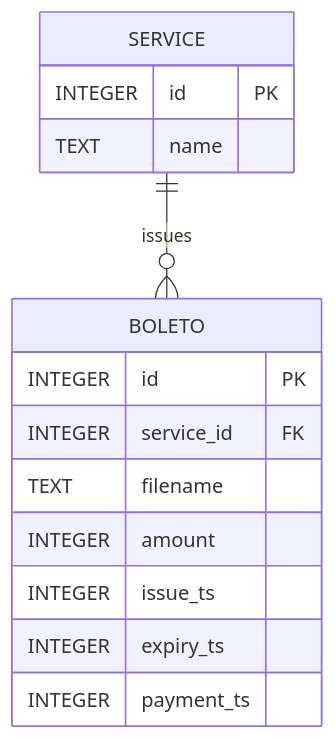
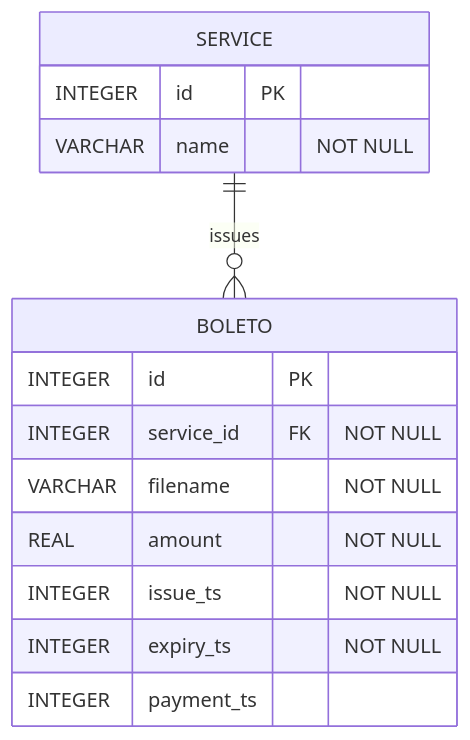
One commit to guidanoli/boletos-flask changed the diagram in README.md. Above: the diagram before and after it, drawn with Mermaid. The commit also changed 1 other file, not shown here.

Commit message:
docs: update schema and ER model

````diff
--- a/README.md
+++ b/README.md
@@ -22,20 +22,20 @@
 ```mermaid
 erDiagram
 
     SERVICE {
         INTEGER id PK
-        TEXT name
+        VARCHAR name "NOT NULL"
     }
     
     BOLETO {
         INTEGER id PK
-        INTEGER service_id FK
-        TEXT filename
-        INTEGER amount
-        INTEGER issue_ts
-        INTEGER expiry_ts
+        INTEGER service_id FK "NOT NULL"
+        VARCHAR filename "NOT NULL"
+        REAL amount "NOT NULL"
+        INTEGER issue_ts "NOT NULL"
+        INTEGER expiry_ts "NOT NULL"
         INTEGER payment_ts
     }
 
     SERVICE ||--o{ BOLETO : issues
 ```
````
